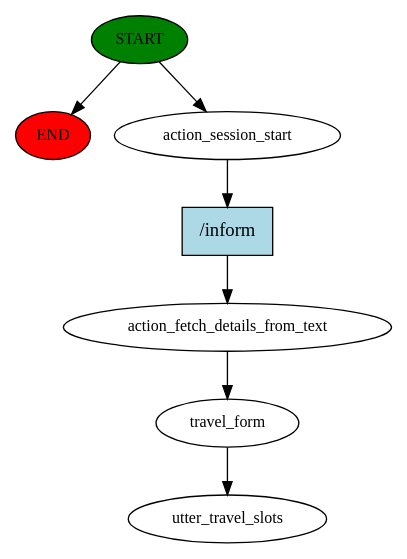
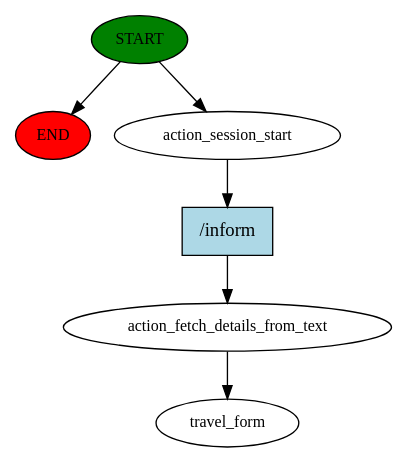
One commit to BrownMunda1/tbo-travel-chatbot changed the diagram in chatbot-backend/story_graph.dot. Above: the diagram before and after it, drawn with Graphviz. The commit also changed 8 other files, not shown here.

```diff
--- a/chatbot-backend/story_graph.dot
+++ b/chatbot-backend/story_graph.dot
@@ -1,15 +1,13 @@
 digraph  {
 0 [class="start active", fillcolor=green, fontsize=12, label=START, style=filled];
 "-1" [class=end, fillcolor=red, fontsize=12, label=END, style=filled];
 1 [class=active, fontsize=12, label=action_session_start];
 2 [class=active, fontsize=12, label=action_fetch_details_from_text];
-3 [class=active, fontsize=12, label=travel_form];
-4 [class="dashed active", fontsize=12, label=utter_travel_slots];
-5 [class="intent active", fillcolor=lightblue, label="/inform", shape=rect, style=filled];
+3 [class="dashed active", fontsize=12, label=travel_form];
+4 [class="intent active", fillcolor=lightblue, label="/inform", shape=rect, style=filled];
 0 -> "-1"  [class="", key=NONE, label=""];
 0 -> 1  [class=active, key=NONE, label=""];
-1 -> 5  [class=active, key=0];
+1 -> 4  [class=active, key=0];
 2 -> 3  [class=active, key=NONE, label=""];
-3 -> 4  [class=active, key=NONE, label=""];
-5 -> 2  [class=active, key=0];
+4 -> 2  [class=active, key=0];
 }
```
